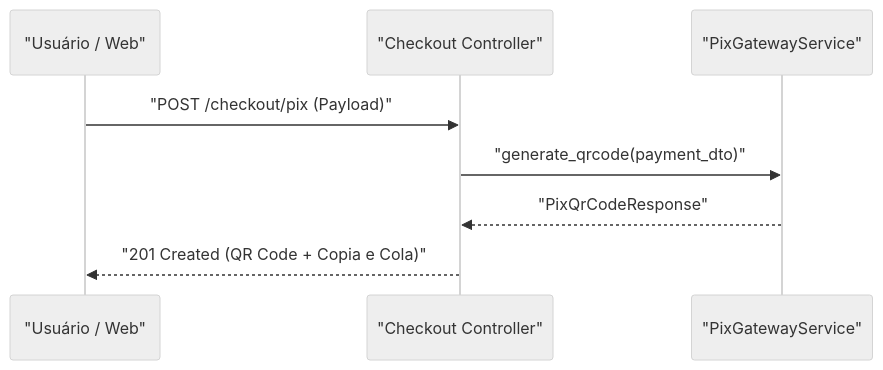
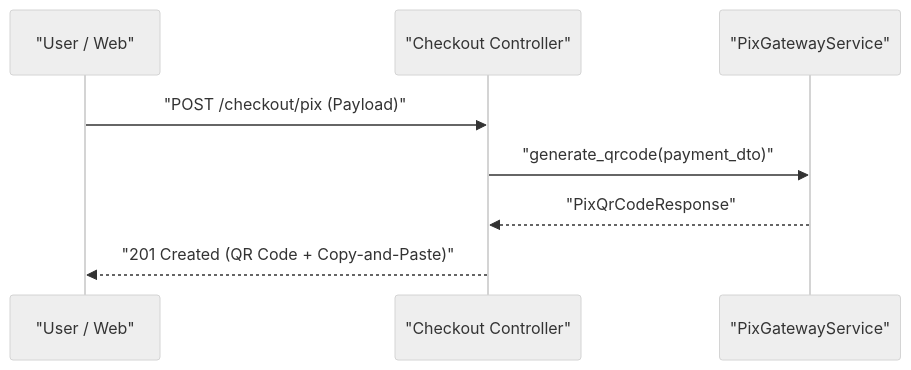
One commit to MarcosVeniciu/antigravity-agentic-workflows changed the diagram in skills/artefatos/examples/sdd_checkout_example.md. Above: the diagram before and after it, drawn with Mermaid (neutral theme). The commit also changed other lines of this file and 68 other files, not shown here.

````diff
--- a/skills/artefatos/examples/sdd_checkout_example.md
+++ b/skills/artefatos/examples/sdd_checkout_example.md
@@ -28,12 +28,12 @@
 ```mermaid
 sequenceDiagram
-    participant User as "Usuário / Web"
+    participant User as "User / Web"
     participant API as "Checkout Controller"
     participant Service as "PixGatewayService"
     
     User->>API: "POST /checkout/pix (Payload)"
     API->>Service: "generate_qrcode(payment_dto)"
     Service-->>API: "PixQrCodeResponse"
-    API-->>User: "201 Created (QR Code + Copia e Cola)"
+    API-->>User: "201 Created (QR Code + Copy-and-Paste)"
 
 ```
````
